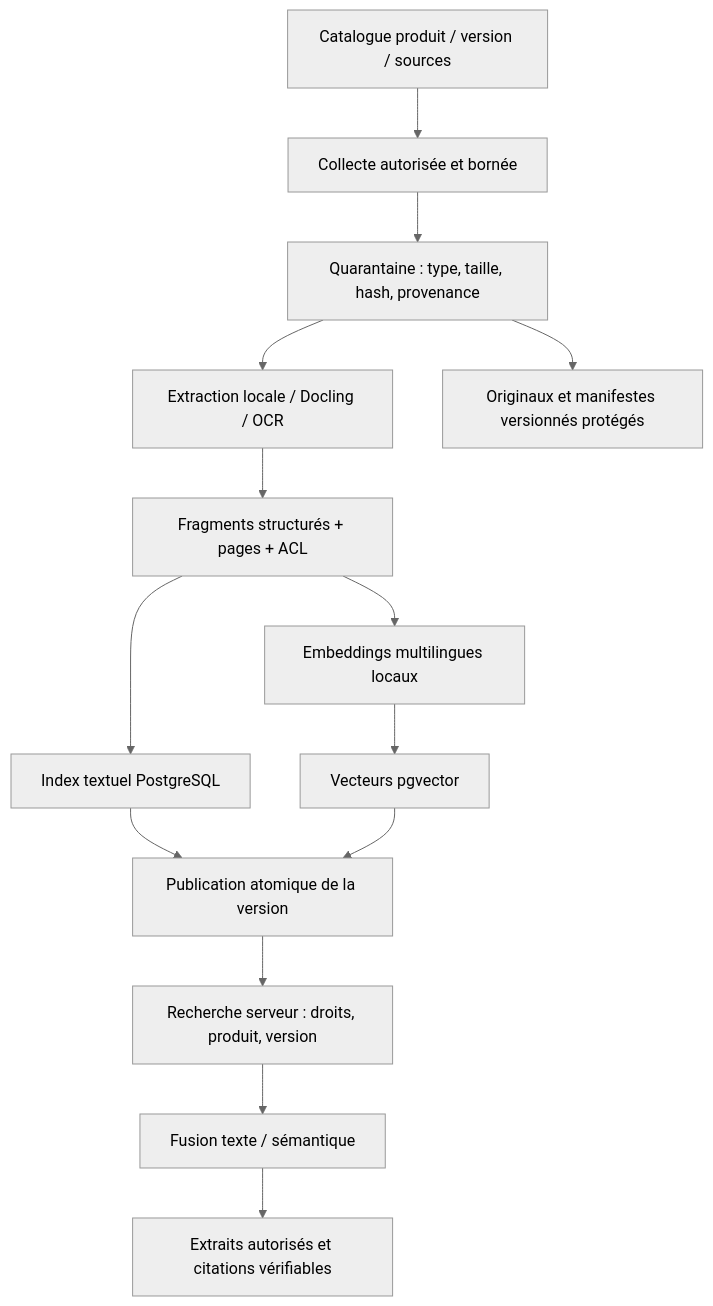
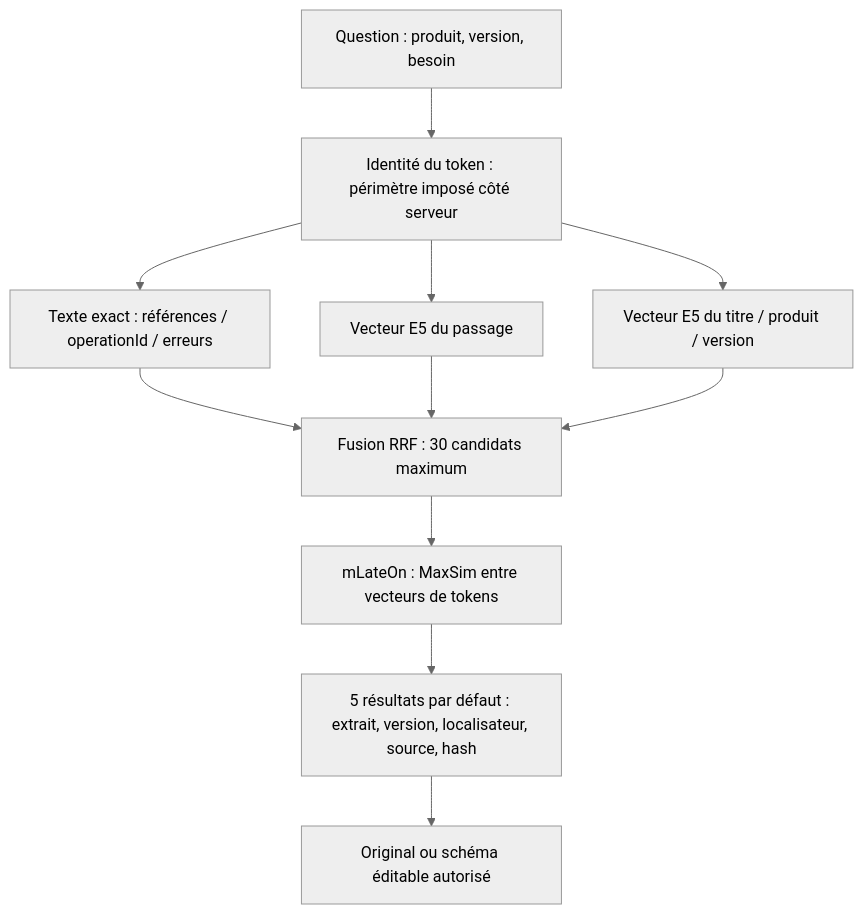
Before and after one commit to nicolastheuil/ArcIA: the first of 2 diagrams in docs/connaissance-documentaire.md, drawn with Mermaid (neutral theme). The commit also changed other lines of this file and 97 other files, not shown here.

````diff
--- a/docs/connaissance-documentaire.md
+++ b/docs/connaissance-documentaire.md
@@ -23,16 +7,13 @@
 ```mermaid
 flowchart TD
-  CAT["Catalogue produit / version / sources"] --> FETCH["Collecte autorisée et bornée"]
-  FETCH --> Q["Quarantaine : type, taille, hash, provenance"]
-  Q --> PARSE["Extraction locale / Docling / OCR"]
-  PARSE --> CH["Fragments structurés + pages + ACL"]
-  CH --> EMB["Embeddings multilingues locaux"]
-  CH --> TXT["Index textuel PostgreSQL"]
-  EMB --> VEC["Vecteurs pgvector"]
-  Q --> ARCH["Originaux et manifestes versionnés protégés"]
-  TXT --> PUB["Publication atomique de la version"]
-  VEC --> PUB
-  PUB --> SEARCH["Recherche serveur : droits, produit, version"]
-  SEARCH --> FUSE["Fusion texte / sémantique"]
-  FUSE --> CITE["Extraits autorisés et citations vérifiables"]
+  A["Question : produit, version, besoin"] --> B["Identité du token : périmètre imposé côté serveur"]
+  B --> T["Texte exact : références / operationId / erreurs"]
+  B --> V["Vecteur E5 du passage"]
+  B --> H["Vecteur E5 du titre / produit / version"]
+  T --> R["Fusion RRF : 30 candidats maximum"]
+  V --> R
+  H --> R
+  R --> L["mLateOn : MaxSim entre vecteurs de tokens"]
+  L --> C["5 résultats par défaut : extrait, version, localisateur, source, hash"]
+  C --> O["Original ou schéma éditable autorisé"]
 ```
````
